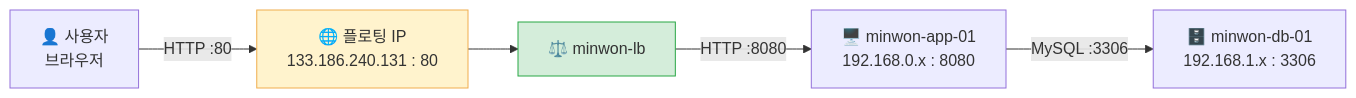
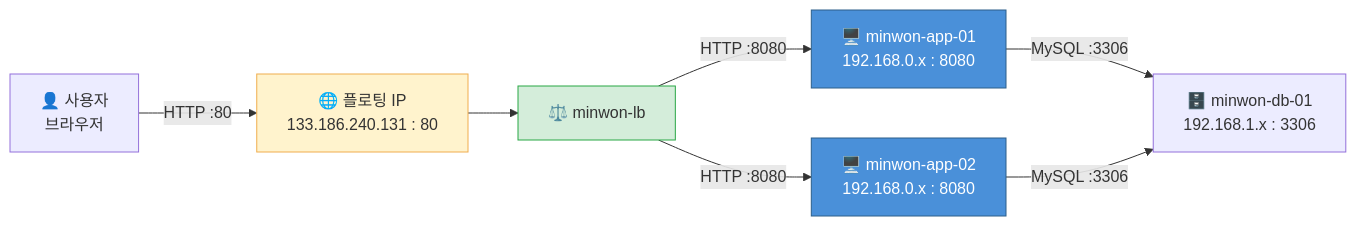
One commit to skilleat-labs/cloud-native-minwon-lab changed the third of 3 diagrams in docs/day1/session5.md. Above: the diagram before and after it, drawn with Mermaid. The commit also changed other lines of this file, not shown here.

Commit message:
docs: session5 - STEP 03 이후 다이어그램에 app-02 추가 (2대 분산)

````diff
--- a/docs/day1/session5.md
+++ b/docs/day1/session5.md
@@ -126,16 +126,21 @@
 ```mermaid
 flowchart LR
     U["👤 사용자\n브라우저"]
     FIP["🌐 플로팅 IP\n133.186.240.131 : 80"]
     LB["⚖️ minwon-lb"]
-    APP["🖥️ minwon-app-01\n192.168.0.x : 8080"]
+    APP1["🖥️ minwon-app-01\n192.168.0.x : 8080"]
+    APP2["🖥️ minwon-app-02\n192.168.0.x : 8080"]
     DB["🗄️ minwon-db-01\n192.168.1.x : 3306"]
 
     U -->|"HTTP :80"| FIP
     FIP --> LB
-    LB -->|"HTTP :8080"| APP
-    APP -->|"MySQL :3306"| DB
+    LB -->|"HTTP :8080"| APP1
+    LB -->|"HTTP :8080"| APP2
+    APP1 -->|"MySQL :3306"| DB
+    APP2 -->|"MySQL :3306"| DB
 
     style FIP fill:#fff3cd,stroke:#f0ad4e
     style LB fill:#d4edda,stroke:#28a745
+    style APP1 fill:#4A90D9,color:#fff,stroke:#2c5f8a
+    style APP2 fill:#4A90D9,color:#fff,stroke:#2c5f8a
 ```
````
